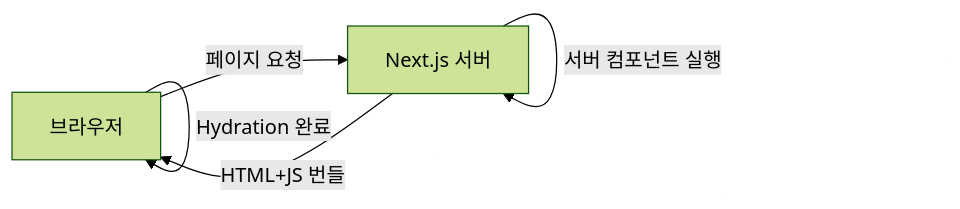
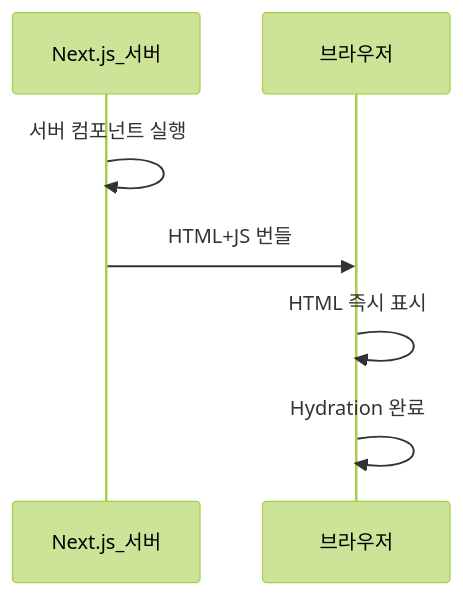
One commit to yjkim2015/yjkim2015.github.io changed the fifth of 6 diagrams in _posts/frontend/2026-05-02-nextjs-fundamentals.md. Above: the diagram before and after it, drawn with Mermaid (forest theme). The commit also changed other lines of this file and 89 other files, not shown here.

First line of the commit message:
복잡한 flowchart 163개 → sequenceDiagram 변환 (90파일)

````diff
--- a/_posts/frontend/2026-05-02-nextjs-fundamentals.md
+++ b/_posts/frontend/2026-05-02-nextjs-fundamentals.md
@@ -258,8 +257,7 @@
 ```mermaid
-graph LR
-    C["브라우저"] -->|"페이지 요청"| S["Next.js 서버"]
-    S -->|"서버 컴포넌트 실행"| S
-    S -->|"HTML+JS 번들"| C
-    C -->|"HTML 즉시 표시"| C
-    C -->|"Hydration 완료"| C
+sequenceDiagram
+    Next.js_서버->>Next.js_서버: 서버 컴포넌트 실행
+    Next.js_서버->>브라우저: HTML+JS 번들
+    브라우저->>브라우저: HTML 즉시 표시
+    브라우저->>브라우저: Hydration 완료
 ```
````
